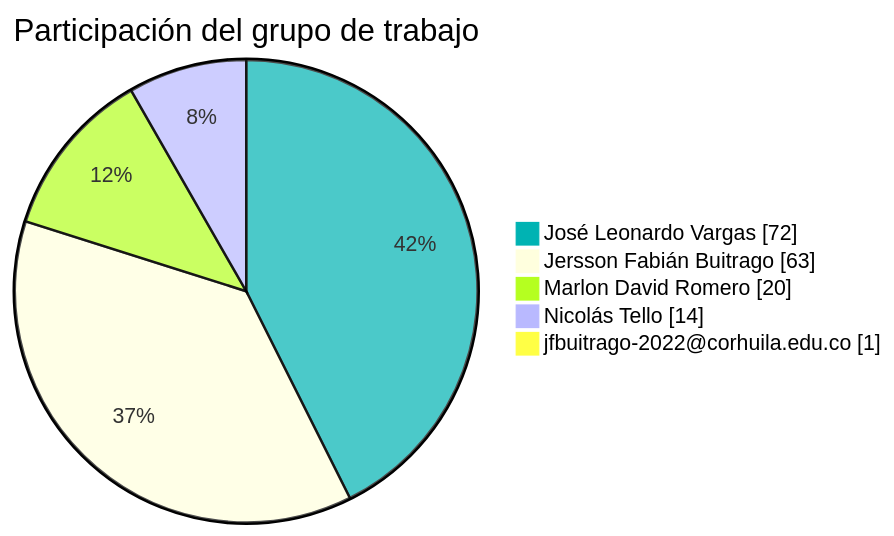
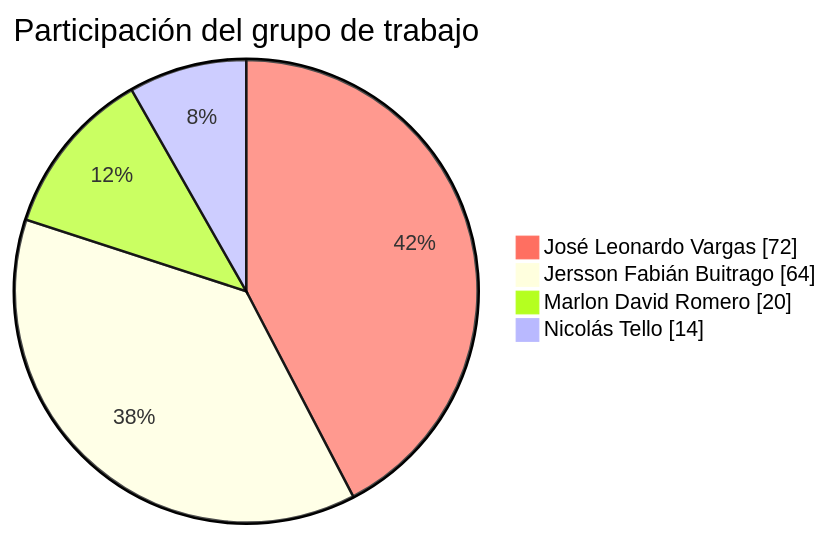
Before and after one commit to FarmaExpres/FarmaExpres: the first of 2 diagrams in README.md, drawn with Mermaid. The commit also changed other lines of this file and 5 other files, not shown here.

Commit message:
kpi: add alias for jfbuitrago, improve update_kpi.py (CLI, logging, dry-run), change pie color, add requirements and script README, regenerate kpi-data

````diff
--- a/README.md
+++ b/README.md
@@ -315,10 +314,9 @@
 ```mermaid
-%%{init: {"themeVariables": {"pie1": "#00b3b3"}}}%%
+%%{init: {"themeVariables": {"pie1": "#ff6f61"}}}%%
 pie showData
     title Participación del grupo de trabajo
     "José Leonardo Vargas" : 72
-    "Jersson Fabián Buitrago" : 63
+    "Jersson Fabián Buitrago" : 64
     "Marlon David Romero" : 20
     "Nicolás Tello" : 14
-    "jfbuitrago-2022@corhuila.edu.co" : 1
 ```
````
